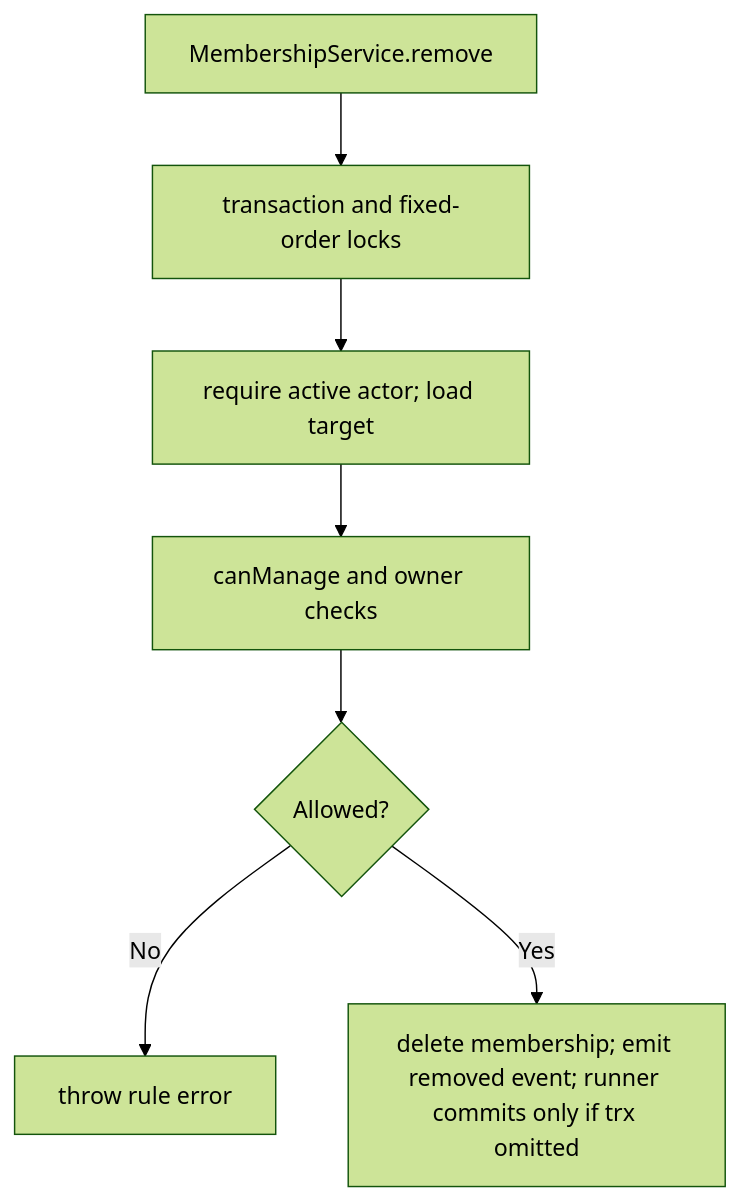
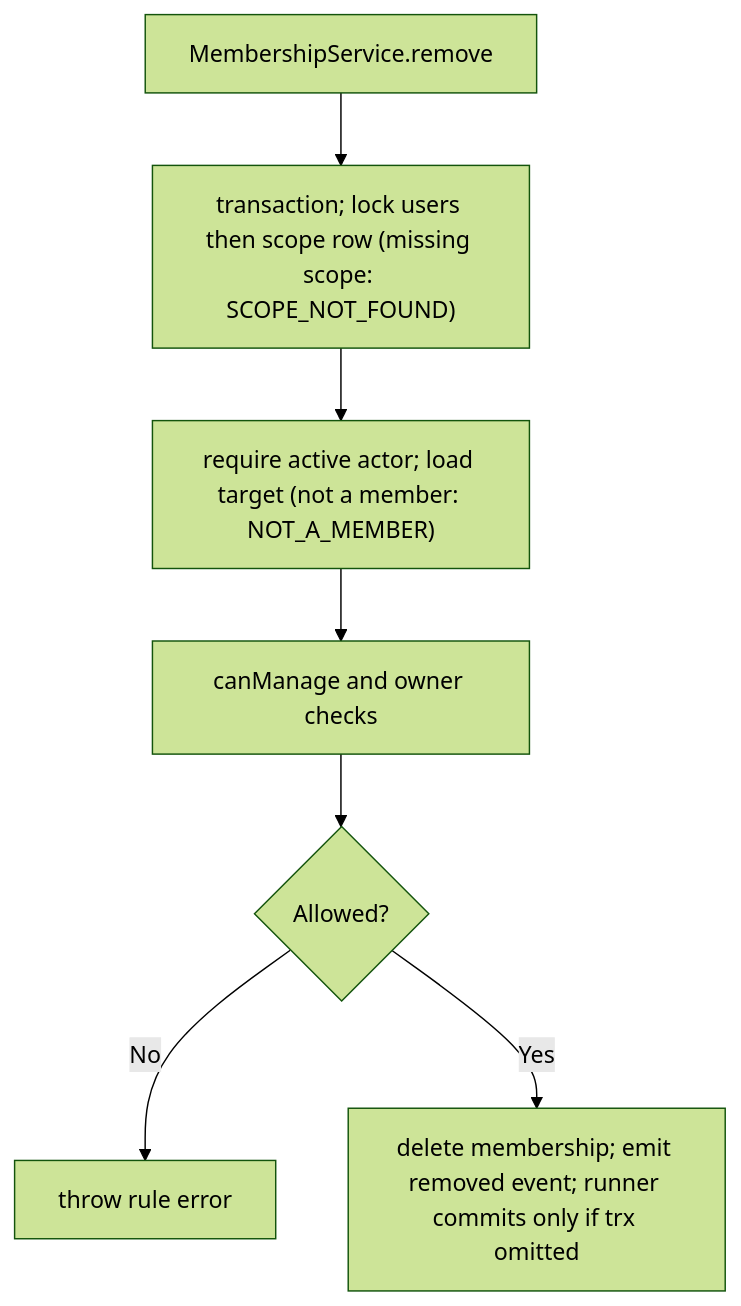
One commit to Kevinjohn/oss-adonisjs-access-control changed the second of 2 diagrams in user-stories/US-ACCESS-06-remove-member.md. Above: the diagram before and after it, drawn with Mermaid (forest theme). The commit also changed other lines of this file and 19 other files, not shown here.

````diff
--- a/user-stories/US-ACCESS-06-remove-member.md
+++ b/user-stories/US-ACCESS-06-remove-member.md
@@ -31,9 +38,9 @@
 ```mermaid
 flowchart TD
-    A["MembershipService.remove"] --> B["transaction and fixed-order locks"]
-    B --> C["require active actor; load target"]
+    A["MembershipService.remove"] --> B["transaction; lock users then scope row (missing scope: SCOPE_NOT_FOUND)"]
+    B --> C["require active actor; load target (not a member: NOT_A_MEMBER)"]
     C --> D["canManage and owner checks"]
     D --> E{"Allowed?"}
     E -->|No| F["throw rule error"]
     E -->|Yes| G["delete membership; emit removed event; runner commits only if trx omitted"]
 ```
````
